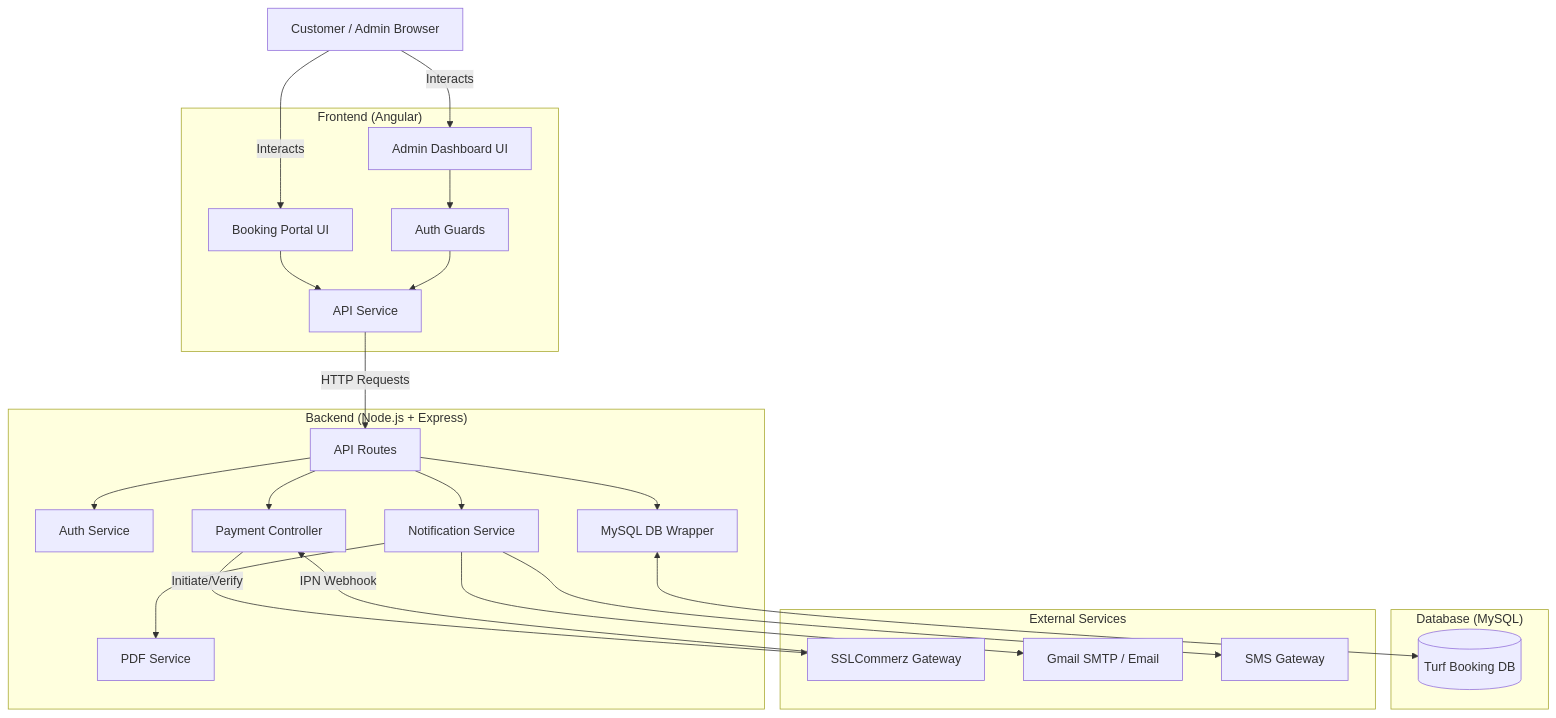
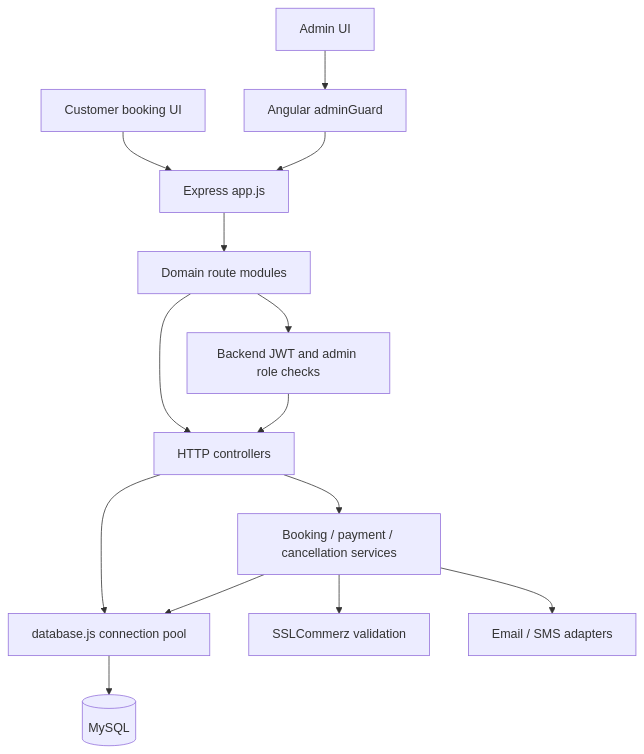
The diagram in ARCHITECTURE.md (nadim321/field-booking), drawn with Mermaid before and after one commit. The commit also changed other lines of this file and 22 other files, not shown here.

````diff
--- a/ARCHITECTURE.md
+++ b/ARCHITECTURE.md
@@ -9,55 +7,16 @@
 ```mermaid
-graph TD
-    %% Entities
-    Client[Customer / Admin Browser]
-    
-    subgraph "Frontend (Angular)"
-        Portal[Booking Portal UI]
-        AdminUI[Admin Dashboard UI]
-        AuthGuard[Auth Guards]
-        APIService[API Service]
-    end
-    
-    subgraph "Backend (Node.js + Express)"
-        Router[API Routes]
-        AuthService[Auth Service]
-        PaymentController[Payment Controller]
-        NotificationService[Notification Service]
-        PDFService[PDF Service]
-        DBWrapper[MySQL DB Wrapper]
-    end
-    
-    subgraph "Database (MySQL)"
-        DB[(Turf Booking DB)]
-    end
-    
-    subgraph "External Services"
-        SSLCommerz[SSLCommerz Gateway]
-        SMTP[Gmail SMTP / Email]
-        SMS[SMS Gateway]
-    end
-
-    %% Flow
-    Client -->|Interacts| Portal
-    Client -->|Interacts| AdminUI
-    
-    Portal --> APIService
-    AdminUI --> AuthGuard
-    AuthGuard --> APIService
-    
-    APIService -->|HTTP Requests| Router
-    
-    Router --> AuthService
-    Router --> PaymentController
-    Router --> DBWrapper
-    
-    PaymentController -->|Initiate/Verify| SSLCommerz
-    SSLCommerz -->|IPN Webhook| PaymentController
-    
-    Router --> NotificationService
-    NotificationService --> PDFService
-    NotificationService --> SMTP
-    NotificationService --> SMS
-    
-    DBWrapper <--> DB
+flowchart TD
+    Customer[Customer booking UI] --> API[Express app.js]
+    Admin[Admin UI] --> Guard[Angular adminGuard]
+    Guard --> API
+    API --> Routes[Domain route modules]
+    Routes --> Auth[Backend JWT and admin role checks]
+    Routes --> Controllers[HTTP controllers]
+    Auth --> Controllers
+    Controllers --> Services[Booking / payment / cancellation services]
+    Controllers --> DB[database.js connection pool]
+    Services --> DB
+    DB --> MySQL[(MySQL)]
+    Services --> Gateway[SSLCommerz validation]
+    Services --> Notifications[Email / SMS adapters]
 ```
````
